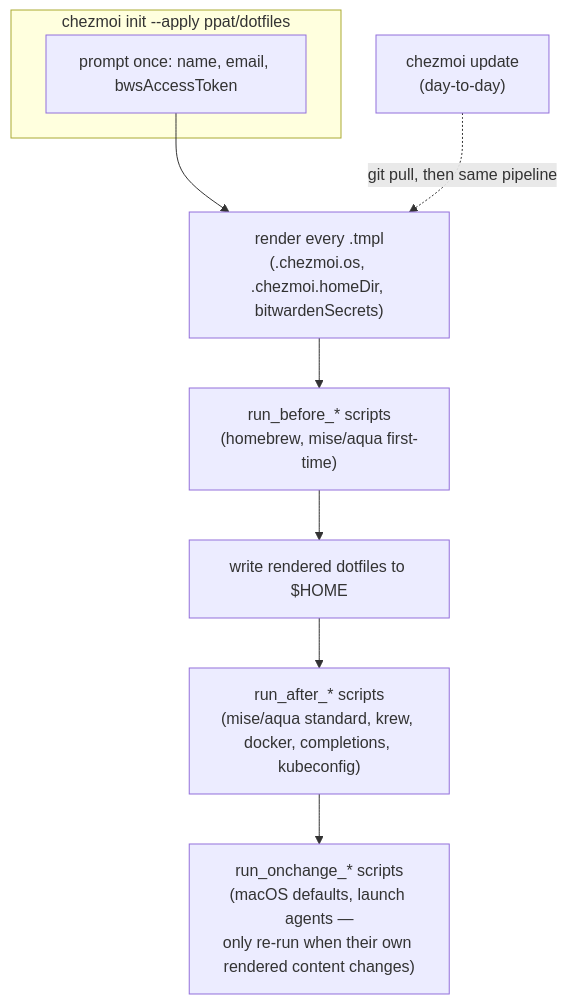
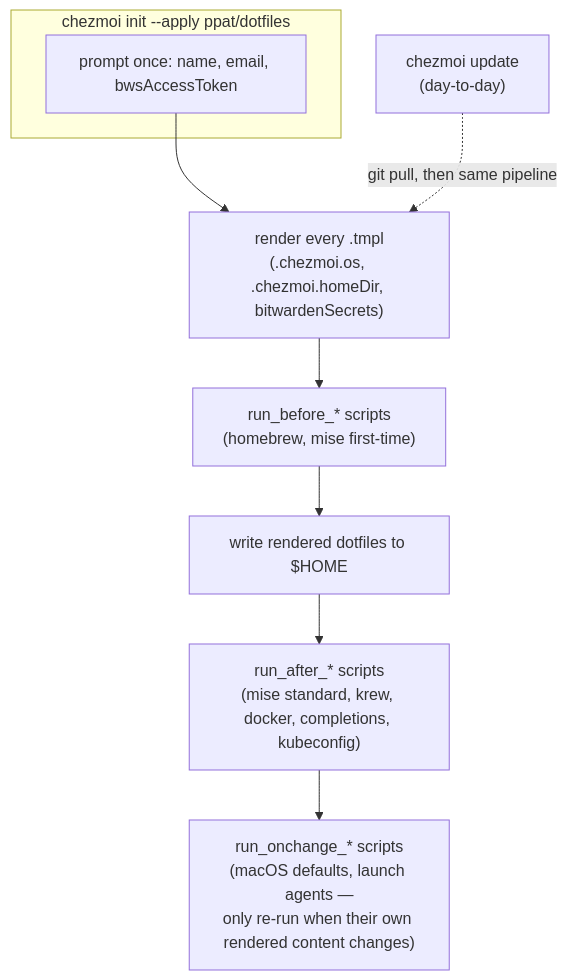
Before and after one commit to ppat/dotfiles: the first of 3 diagrams in DESIGN.md, drawn with Mermaid. The commit also changed other lines of this file and 35 other files, not shown here.

First line of the commit message:
feat(dev-tools): retire aqua, consolidate CLI tool management into mise (#728)

````diff
--- a/DESIGN.md
+++ b/DESIGN.md
@@ -18,13 +18,13 @@
 ```mermaid
 flowchart TD
     subgraph Bootstrap["chezmoi init --apply ppat/dotfiles"]
         Prompt["prompt once: name, email, bwsAccessToken"]
     end
     Prompt --> Render["render every .tmpl\n(.chezmoi.os, .chezmoi.homeDir, bitwardenSecrets)"]
-    Render --> Before["run_before_* scripts\n(homebrew, mise/aqua first-time)"]
+    Render --> Before["run_before_* scripts\n(homebrew, mise first-time)"]
     Before --> Write["write rendered dotfiles to $HOME"]
-    Write --> After["run_after_* scripts\n(mise/aqua standard, krew, docker, completions, kubeconfig)"]
+    Write --> After["run_after_* scripts\n(mise standard, krew, docker, completions, kubeconfig)"]
     After --> OnChange["run_onchange_* scripts\n(macOS defaults, launch agents —\nonly re-run when their own rendered content changes)"]
 
     Update["chezmoi update\n(day-to-day)"] -.->|git pull, then same pipeline| Render
 ```
````
